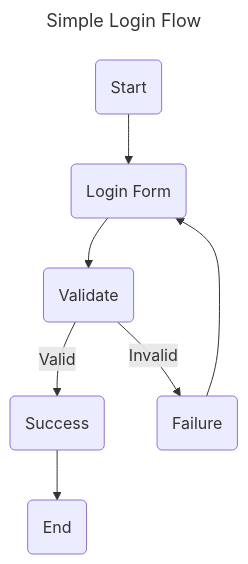
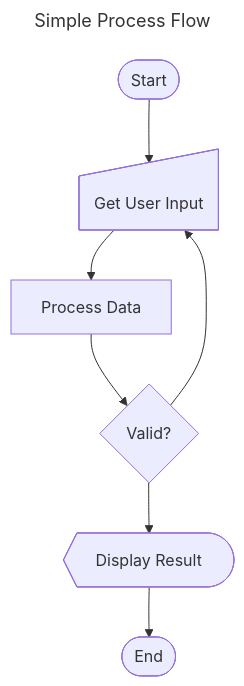
Before and after one commit to TyphonHill/go-mermaid: the diagram in examples/flowcharts/simple_flowchart/README.md, drawn with Mermaid. The commit also changed 7 other files, not shown here.

Commit message:
update-flowcharts-shapes (#15)

````diff
--- a/examples/flowcharts/simple_flowchart/README.md
+++ b/examples/flowcharts/simple_flowchart/README.md
@@ -1,19 +1,19 @@
 ```mermaid
 ---
-title: Simple Login Flow
+title: Simple Process Flow
 ---
 
 flowchart TB
-	0("Start")
-	1("Login Form")
-	2("Validate")
-	3("Success")
-	4("Failure")
-	5("End")
+0@{ shape: stadium, label: "Start"}
+1@{ shape: sl-rect, label: "Get User Input"}
+2@{ shape: rect, label: "Process Data"}
+3@{ shape: diam, label: "Valid?"}
+4@{ shape: curv-trap, label: "Display Result"}
+5@{ shape: stadium, label: "End"}
 	0 --> 1
 	1 --> 2
-	2 -->|Valid| 3
-	2 -->|Invalid| 4
-	3 --> 5
-	4 --> 1
+	2 --> 3
+	3 --> 4
+	3 --> 1
+	4 --> 5
 ```
````
